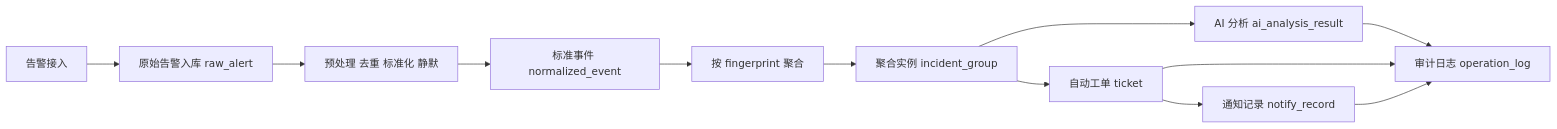
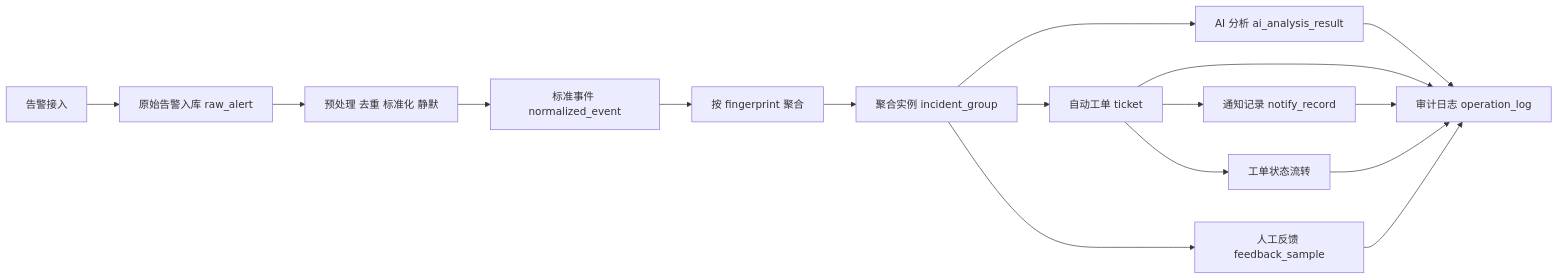
One commit to waowa-max/AIalert changed the diagram in README.md. Above: the diagram before and after it, drawn with Mermaid. The commit also changed other lines of this file and 5 other files, not shown here.

````diff
--- a/README.md
+++ b/README.md
@@ -80,14 +82,18 @@
 ```mermaid
 flowchart LR
     A[告警接入] --> B[原始告警入库 raw_alert]
     B --> C[预处理 去重 标准化 静默]
     C --> D[标准事件 normalized_event]
     D --> E[按 fingerprint 聚合]
     E --> F[聚合实例 incident_group]
     F --> G[AI 分析 ai_analysis_result]
     F --> H[自动工单 ticket]
     H --> I[通知记录 notify_record]
+    H --> K[工单状态流转]
+    F --> L[人工反馈 feedback_sample]
     G --> J[审计日志 operation_log]
     H --> J
     I --> J
+    K --> J
+    L --> J
 ```
````
